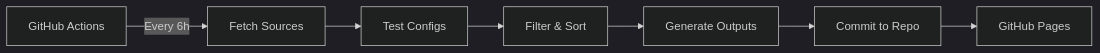
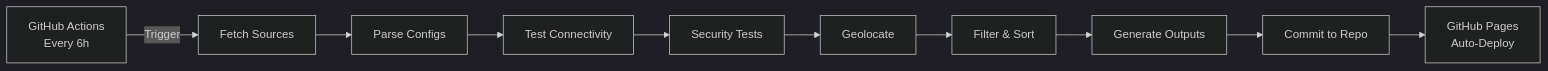
Before and after one commit to AmirrezaFarnamTaheri/MassConfigMerger: the diagram in README.md, drawn with Mermaid (dark theme). The commit also changed other lines of this file and 9 other files, not shown here.

````diff
--- a/README.md
+++ b/README.md
@@ -33,9 +59,12 @@
 ```mermaid
 graph LR
-    A[GitHub Actions] -->|Every 6h| B[Fetch Sources]
-    B --> C[Test Configs]
-    C --> D[Filter & Sort]
-    D --> E[Generate Outputs]
-    E --> F[Commit to Repo]
-    F --> G[GitHub Pages]
+    A[GitHub Actions<br/>Every 6h] -->|Trigger| B[Fetch Sources]
+    B --> C[Parse Configs]
+    C --> D[Test Connectivity]
+    D --> E[Security Tests]
+    E --> F[Geolocate]
+    F --> G[Filter & Sort]
+    G --> H[Generate Outputs]
+    H --> I[Commit to Repo]
+    I --> J[GitHub Pages<br/>Auto-Deploy]
 ```
````
